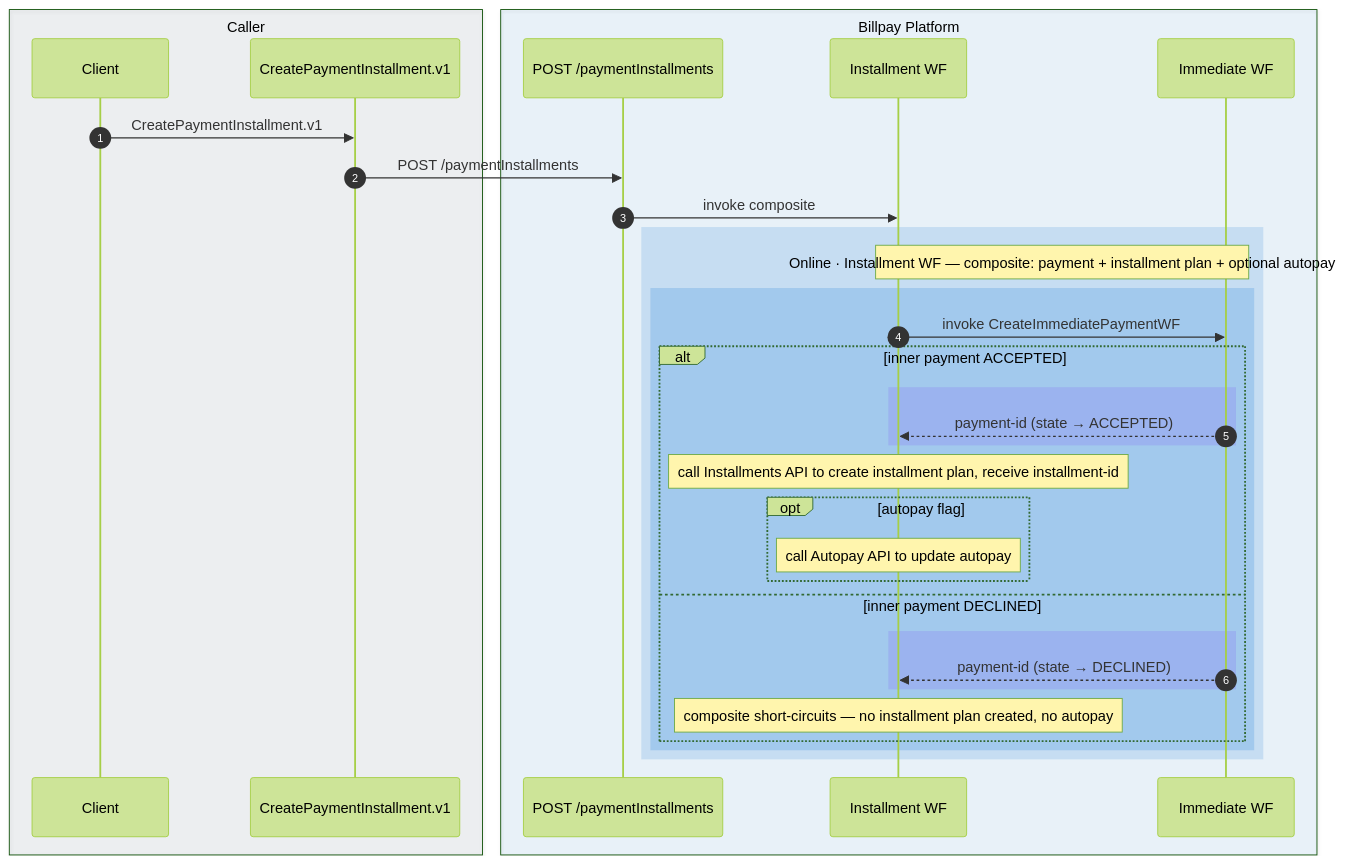
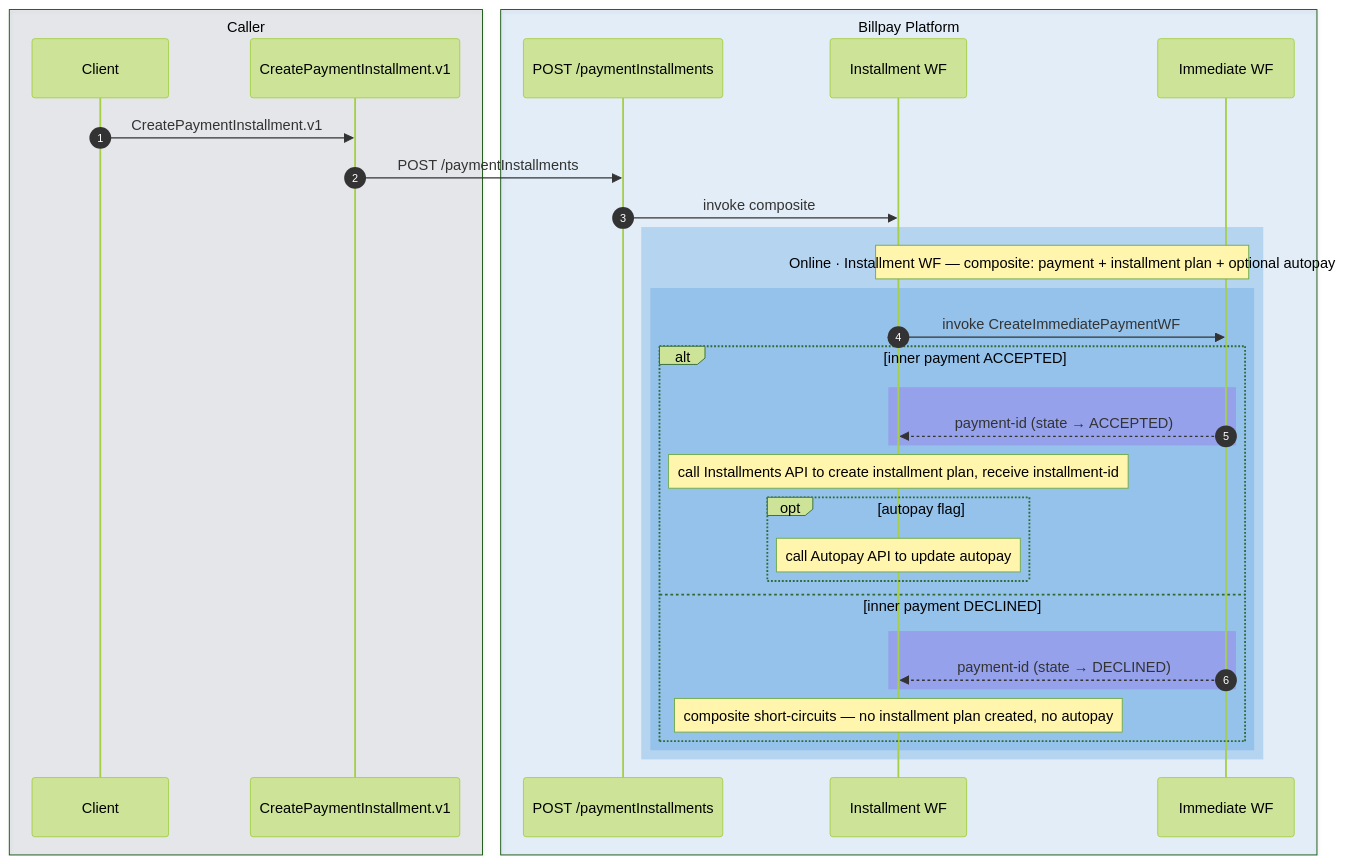
Before and after one commit to arunav-bhattacharya/billpay-book: diagram 12 of 12 in website/docs/design/diagrams/sequence-diagram.md, drawn with Mermaid (forest theme). The commit also changed other lines of this file and 4 other files, not shown here.

First line of the commit message:
Polish: system-map depth ramp + brighter sequence-diagram palette

````diff
--- a/website/docs/design/diagrams/sequence-diagram.md
+++ b/website/docs/design/diagrams/sequence-diagram.md
@@ -741,41 +741,41 @@
 ```mermaid
 sequenceDiagram
   autonumber
 
-  box rgba(100,116,139,0.1) Caller
+  box rgba(120,132,152,0.16) Caller
     participant C as Client
     participant ODF as CreatePaymentInstallment.v1
   end
 
-  box rgba(0,111,207,0.08) Billpay Platform
+  box rgba(1,111,208,0.1) Billpay Platform
     participant API as POST /paymentInstallments
     participant CWF as Installment WF
     participant CIP as Immediate WF
   end
 
   C->>ODF: CreatePaymentInstallment.v1
   ODF->>API: POST /paymentInstallments
   API->>CWF: invoke composite
 
-  rect rgba(0,111,207,0.15)
+  rect rgba(1,111,208,0.2)
     Note over CWF,CIP: Online · Installment WF — composite: payment + installment plan + optional autopay
 
     rect rgba(0,111,207,0.18)
       CWF->>CIP: invoke CreateImmediatePaymentWF
       alt inner payment ACCEPTED
-        rect rgba(124,92,246,0.2)
+        rect rgba(150,75,232,0.28)
           CIP-->>CWF: payment-id (state → ACCEPTED)
         end
         Note over CWF: call Installments API to create installment plan, receive installment-id
         opt autopay flag
           Note over CWF: call Autopay API to update autopay
         end
       else inner payment DECLINED
-        rect rgba(124,92,246,0.2)
+        rect rgba(150,75,232,0.28)
           CIP-->>CWF: payment-id (state → DECLINED)
         end
         Note over CWF: composite short-circuits — no installment plan created, no autopay
       end
     end
   end
 ```
````
